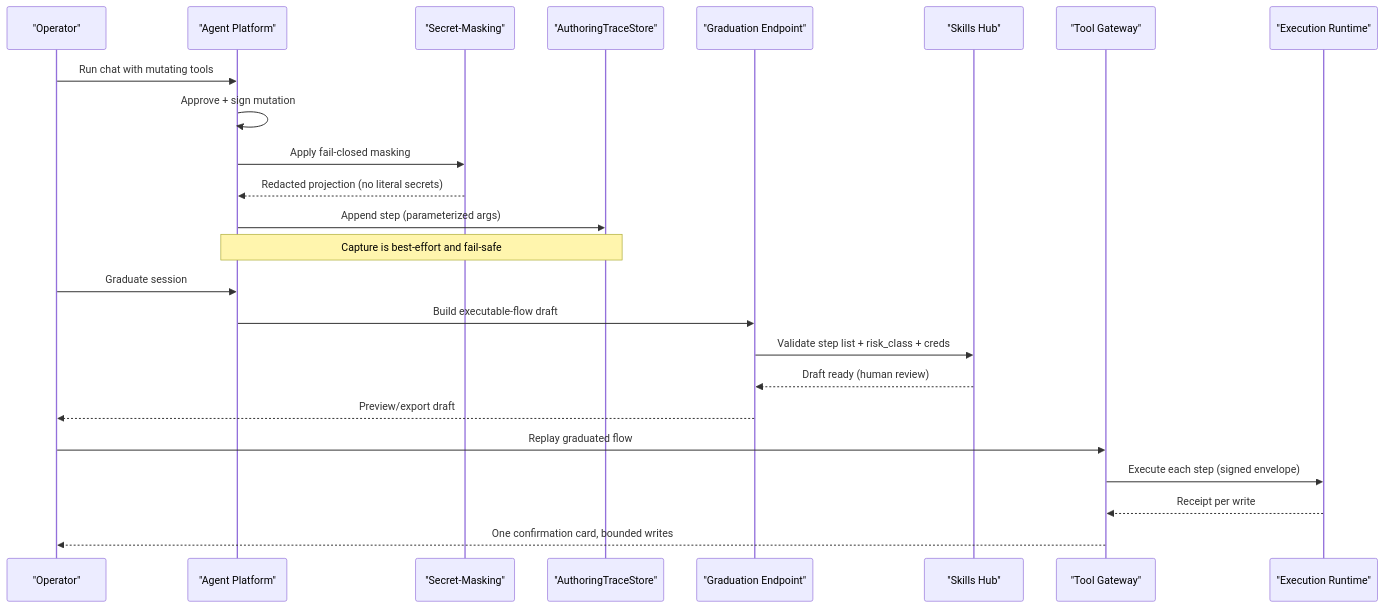
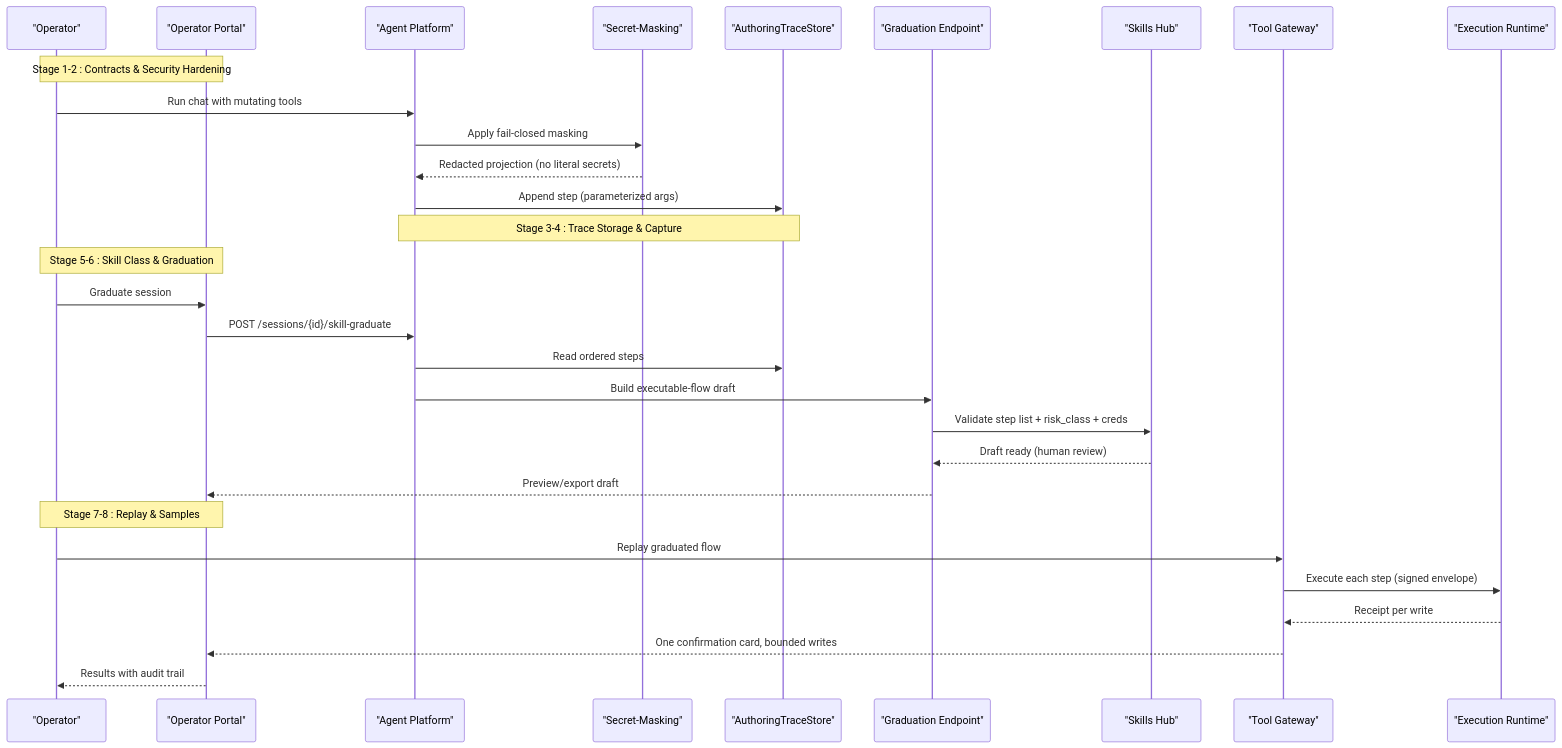
Before and after one commit to metasync/luban-aiops: the second of 9 diagrams in .qoder/repowiki/en/content/Architecture Documentation/SPEC-055_ Develop-as-You-Go Skill Graduation.md, drawn with Mermaid. The commit also changed other lines of this file and 9 other files, not shown here.

````diff
--- a/.qoder/repowiki/en/content/Architecture Documentation/SPEC-055_ Develop-as-You-Go Skill Graduation.md
+++ b/.qoder/repowiki/en/content/Architecture Documentation/SPEC-055_ Develop-as-You-Go Skill Graduation.md
@@ -113,26 +124,32 @@
 ```mermaid
 sequenceDiagram
 participant Operator as "Operator"
+participant Portal as "Operator Portal"
 participant Agent as "Agent Platform"
 participant Mask as "Secret-Masking"
 participant Trace as "AuthoringTraceStore"
 participant Grad as "Graduation Endpoint"
 participant Hub as "Skills Hub"
 participant GW as "Tool Gateway"
 participant ER as "Execution Runtime"
+Note over Operator,Portal : Stage 1-2 : Contracts & Security Hardening
 Operator->>Agent : Run chat with mutating tools
-Agent->>Agent : Approve + sign mutation
 Agent->>Mask : Apply fail-closed masking
 Mask-->>Agent : Redacted projection (no literal secrets)
 Agent->>Trace : Append step (parameterized args)
-Note over Agent,Trace : Capture is best-effort and fail-safe
-Operator->>Agent : Graduate session
+Note over Agent,Trace : Stage 3-4 : Trace Storage & Capture
+Note over Operator,Portal : Stage 5-6 : Skill Class & Graduation
+Operator->>Portal : Graduate session
+Portal->>Agent : POST /sessions/{id}/skill-graduate
+Agent->>Trace : Read ordered steps
 Agent->>Grad : Build executable-flow draft
 Grad->>Hub : Validate step list + risk_class + creds
 Hub-->>Grad : Draft ready (human review)
-Grad-->>Operator : Preview/export draft
+Grad-->>Portal : Preview/export draft
+Note over Portal,Operator : Stage 7-8 : Replay & Samples
 Operator->>GW : Replay graduated flow
 GW->>ER : Execute each step (signed envelope)
 ER-->>GW : Receipt per write
-GW-->>Operator : One confirmation card, bounded writes
+GW-->>Portal : One confirmation card, bounded writes
+Portal-->>Operator : Results with audit trail
 ```
````
